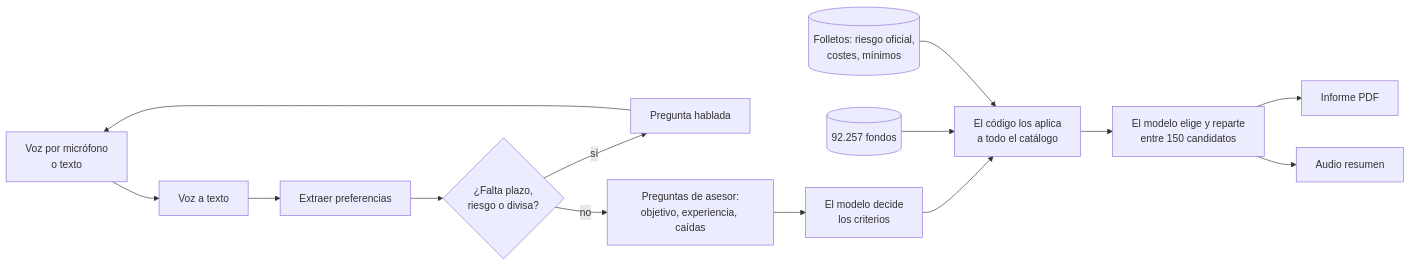
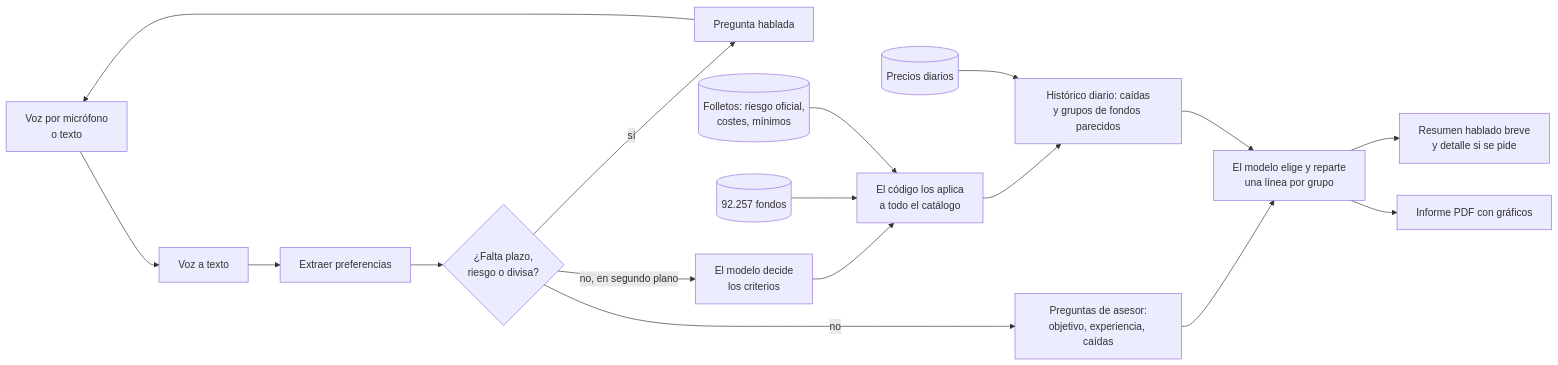
One commit to NataliaSJO/Taller_B5_T4_Multimodales changed the fourth of 4 diagrams in README.md. Above: the diagram before and after it, drawn with Mermaid. The commit also changed other lines of this file and 4 other files, not shown here.

First line of the commit message:
README revisado contra el código; la voz explicada en los diagramas; capturas nuevas

````diff
--- a/README.md
+++ b/README.md
@@ -227,15 +251,18 @@
 ```mermaid
 flowchart LR
     U[Voz por micrófono<br/>o texto] --> S[Voz a texto]
     S --> E[Extraer preferencias]
     E --> F{¿Falta plazo,<br/>riesgo o divisa?}
     F -- sí --> Q[Pregunta hablada] --> U
     F -- no --> A[Preguntas de asesor:<br/>objetivo, experiencia, caídas]
-    A --> C[El modelo decide<br/>los criterios]
+    F -- no, en segundo plano --> C[El modelo decide<br/>los criterios]
     C --> R[El código los aplica<br/>a todo el catálogo]
     D[(92.257 fondos)] --> R
     K[(Folletos: riesgo oficial,<br/>costes, mínimos)] --> R
-    R --> L[El modelo elige y reparte<br/>entre 150 candidatos]
-    L --> P[Informe PDF]
-    L --> V[Audio resumen]
+    R --> G[Histórico diario: caídas<br/>y grupos de fondos parecidos]
+    H[(Precios diarios)] --> G
+    A --> L[El modelo elige y reparte<br/>una línea por grupo]
+    G --> L
+    L --> T[Resumen hablado breve<br/>y detalle si se pide]
+    L --> P[Informe PDF con gráficos]
 ```
````
